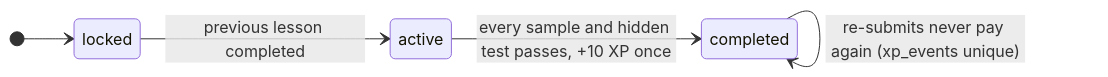
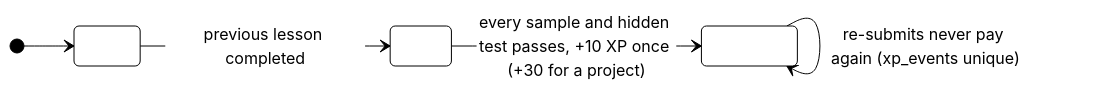
One commit to Hritik-sharmaa/loophole changed diagram 12 of 14 in docs/diagrams/architecture.md. Above: the diagram before and after it, drawn with Mermaid. The commit also changed other lines of this file and 4 other files, not shown here.

Commit message:
docs: add architecture and system design diagrams with documentation

````diff
--- a/docs/diagrams/architecture.md
+++ b/docs/diagrams/architecture.md
@@ -723,8 +862,9 @@
 ```mermaid
+%%{init: {"theme": "base", "themeVariables": {"background": "#ffffff", "primaryColor": "#ffffff", "primaryTextColor": "#000000", "primaryBorderColor": "#000000", "lineColor": "#000000", "textColor": "#000000", "mainBkg": "#ffffff", "nodeBorder": "#000000", "stateBkg": "#ffffff", "stateBorder": "#000000", "transitionColor": "#000000", "specialStateColor": "#000000", "innerEndBackground": "#000000", "compositeBackground": "#ffffff", "altBackground": "#ffffff"}}}%%
 stateDiagram-v2
     direction LR
     [*] --> locked
     locked --> active : previous lesson completed
-    active --> completed : every sample and hidden test passes, +10 XP once
+    active --> completed : every sample and hidden test passes, +10 XP once (+30 for a project)
     completed --> completed : re-submits never pay again (xp_events unique)
 ```
````
